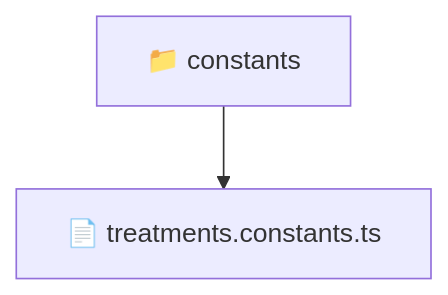
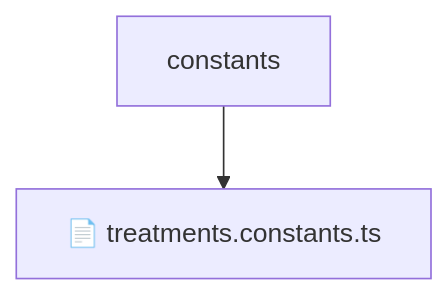
One commit to beginwebdev2002/fullstack-mavluda changed the diagram in frontend/src/entities/treatments/constants/README.md. Above: the diagram before and after it, drawn with Mermaid. The commit also changed other lines of this file and 155 other files, not shown here.

````diff
--- a/frontend/src/entities/treatments/constants/README.md
+++ b/frontend/src/entities/treatments/constants/README.md
@@ -10,5 +14,5 @@
 ```mermaid
 graph TD
-  Root["📁 constants"]
-  Root --> treatmentsconstantsts["📄 treatments.constants.ts"]
+    Root[constants]
+    Root --> F0[📄 treatments.constants.ts]
 ```
````
